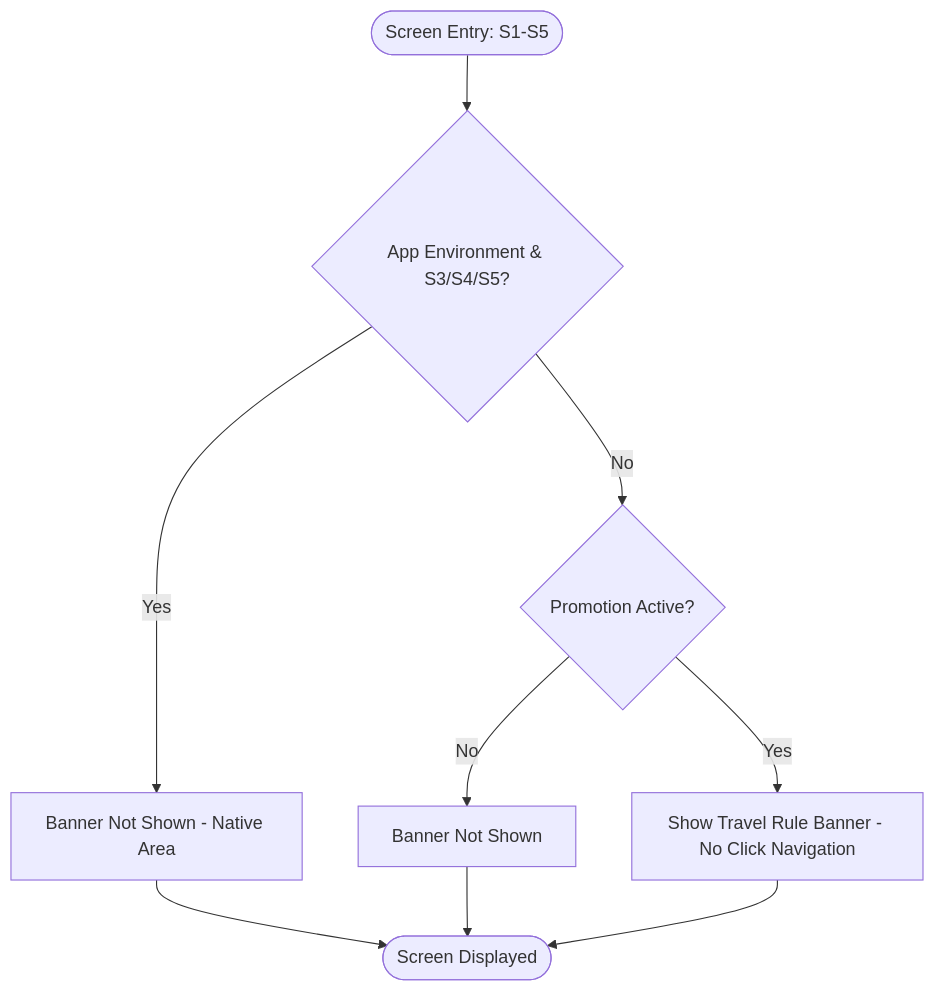
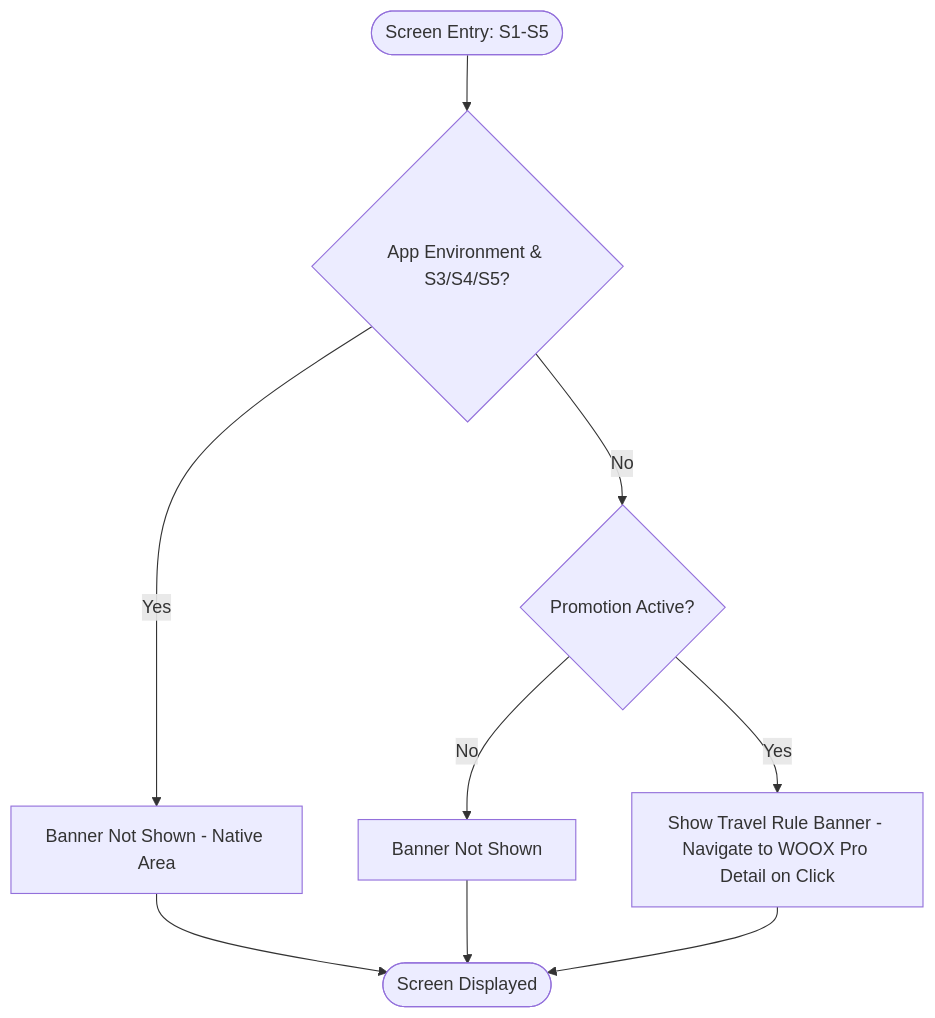
Before and after one commit to matthewforwork1213-collab/WOOX_Pro_sub_event: the fourth of 4 diagrams in 02.기획문서/정보구조도_EN.md, drawn with Mermaid. The commit also changed 16 other files, not shown here.

First line of the commit message:
feat(prototype)+docs: 트레블룰 배너 개정 — 클릭 시 WOOX Pro 상세 이동·로고 사이 ⇄, 화면 6종 조정

````diff
--- a/02.기획문서/정보구조도_EN.md
+++ b/02.기획문서/정보구조도_EN.md
@@ -100,12 +100,12 @@
 ```mermaid
 flowchart TD
     Start([Screen Entry: S1-S5]) --> CheckApp{App Environment &amp; S3/S4/S5?}
     CheckApp -->|Yes| NoBanner[Banner Not Shown - Native Area]
     CheckApp -->|No| CheckPromo{Promotion Active?}
     CheckPromo -->|No| NoBanner2[Banner Not Shown]
-    CheckPromo -->|Yes| ShowBanner[Show Travel Rule Banner - No Click Navigation]
+    CheckPromo -->|Yes| ShowBanner[Show Travel Rule Banner - Navigate to WOOX Pro Detail on Click]
 
     NoBanner --> End([Screen Displayed])
     NoBanner2 --> End
     ShowBanner --> End
 ```
````
